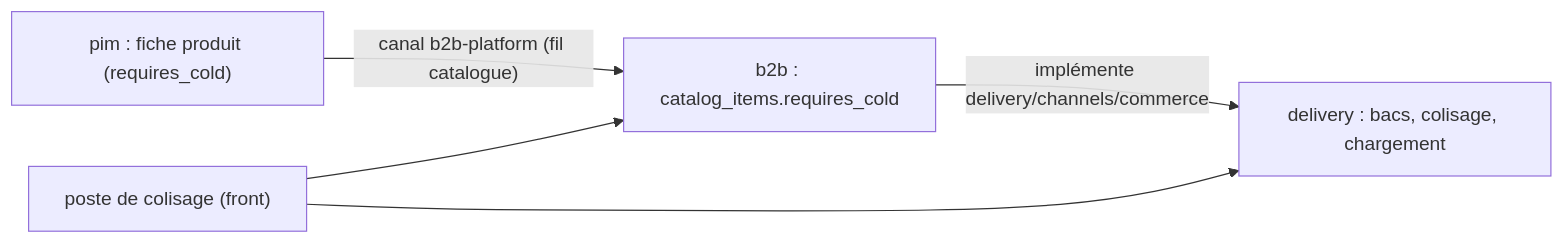
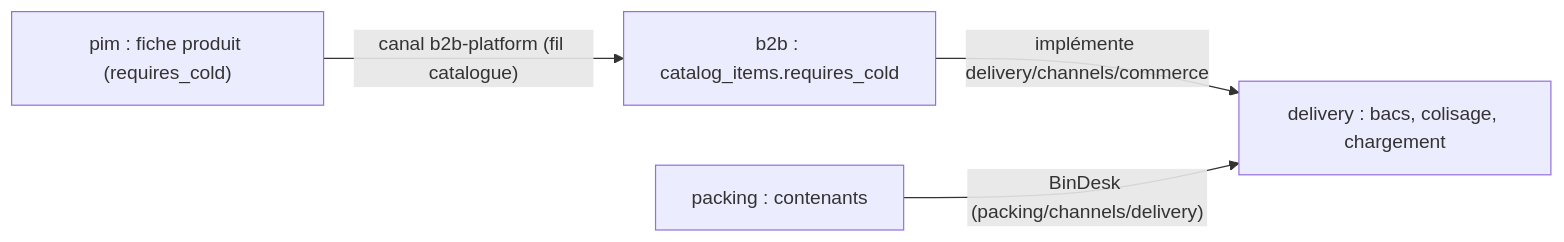
The second of 2 diagrams in documentation/colisage/chargement-les-bacs.md (hugoheynard/lfd), drawn with Mermaid before and after one commit. The commit also changed other lines of this file and 112 other files, not shown here.

````diff
--- a/documentation/colisage/chargement-les-bacs.md
+++ b/documentation/colisage/chargement-les-bacs.md
@@ -508,7 +518,6 @@
 ```mermaid
 flowchart LR
     PIM["pim : fiche produit (requires_cold)"] -->|"canal b2b-platform (fil catalogue)"| B2B["b2b : catalog_items.requires_cold"]
     B2B -->|"implémente delivery/channels/commerce"| DEL["delivery : bacs, colisage, chargement"]
-    FRONT["poste de colisage (front)"] --> DEL
-    FRONT --> B2B
+    PACK["packing : contenants"] -->|"BinDesk (packing/channels/delivery)"| DEL
 ```
````
